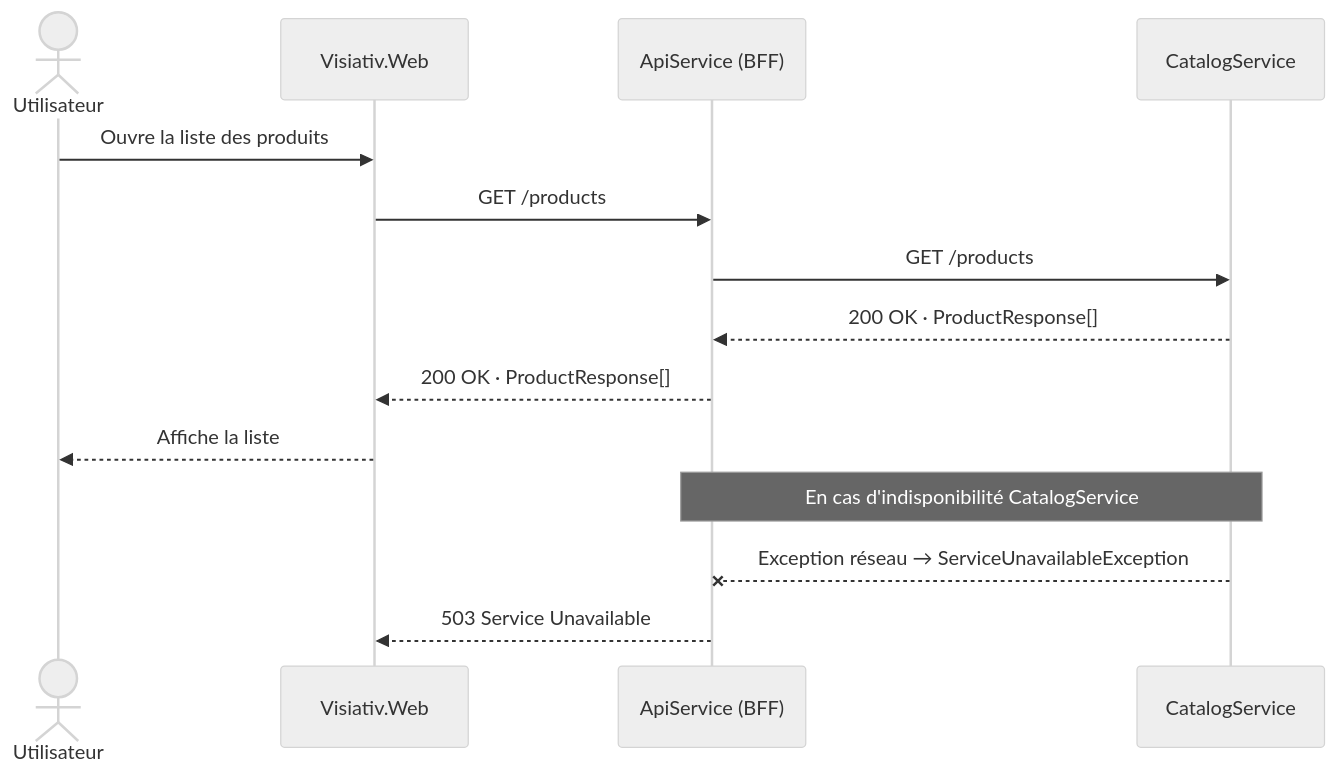
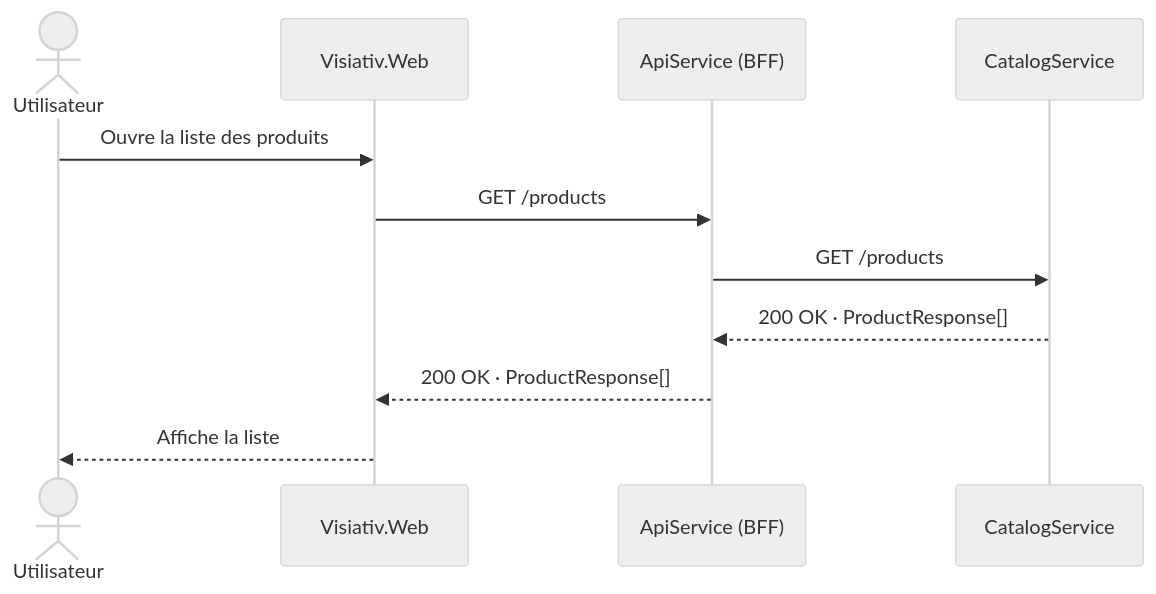
Before and after one commit to GreYak/Visiativ: the third of 6 diagrams in docs/2_architecture.md, drawn with Mermaid (neutral theme). The commit also changed other lines of this file, not shown here.

Commit message:
Correction diagrammes de séquences

````diff
--- a/docs/2_architecture.md
+++ b/docs/2_architecture.md
@@ -125,18 +125,14 @@
 ```mermaid
 sequenceDiagram
     actor User as Utilisateur
     participant Web as Visiativ.Web
     participant BFF as ApiService (BFF)
     participant Cat as CatalogService
 
     User->>Web: Ouvre la liste des produits
     Web->>BFF: GET /products
     BFF->>Cat: GET /products
     Cat-->>BFF: 200 OK · ProductResponse[]
     BFF-->>Web: 200 OK · ProductResponse[]
     Web-->>User: Affiche la liste
-
-    note over BFF,Cat: En cas d'indisponibilité CatalogService
-    Cat--xBFF: Exception réseau → ServiceUnavailableException
-    BFF-->>Web: 503 Service Unavailable
 ```
````
